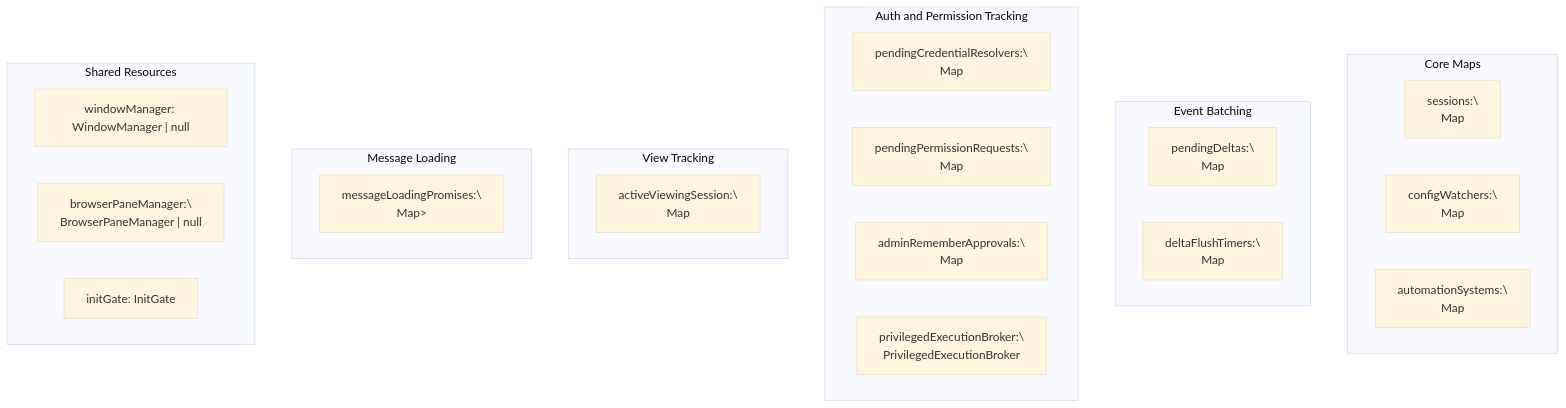
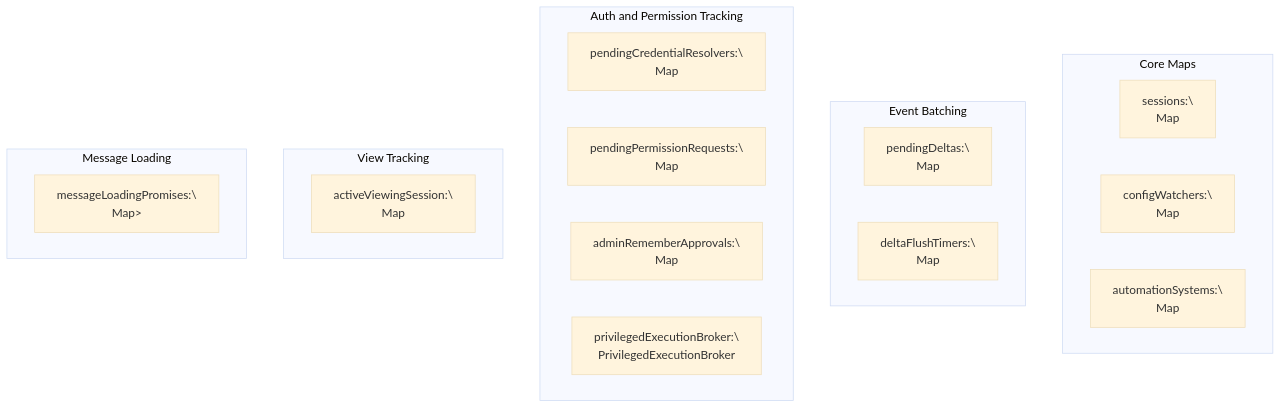
The third of 6 diagrams in docs/lukilabs_craft-agents-oss/api-reference/sessionmanager-api.md (blackcater/zentree), drawn with Mermaid (base theme) before and after one commit. The commit also changed other lines of this file and 232 other files, not shown here.

````diff
--- a/docs/lukilabs_craft-agents-oss/api-reference/sessionmanager-api.md
+++ b/docs/lukilabs_craft-agents-oss/api-reference/sessionmanager-api.md
@@ -189,46 +187,39 @@
 ```mermaid
 graph TB
     subgraph "Core Maps"
         sessions["sessions:\
 Map<sessionId, ManagedSession>"]
         configWatchers["configWatchers:\
 Map<workspaceRootPath, ConfigWatcher>"]
         automationSystems["automationSystems:\
 Map<workspaceRootPath, AutomationSystem>"]
     end
-
+    
     subgraph "Event Batching"
         pendingDeltas["pendingDeltas:\
 Map<sessionId, PendingDelta>"]
         deltaFlushTimers["deltaFlushTimers:\
 Map<sessionId, NodeJS.Timeout>"]
     end
-
+    
     subgraph "Auth and Permission Tracking"
         pendingCredentialResolvers["pendingCredentialResolvers:\
 Map<requestId, resolver>"]
         pendingPermissionRequests["pendingPermissionRequests:\
 Map<requestId, {sessionId, type, commandHash}>"]
         adminRememberApprovals["adminRememberApprovals:\
 Map<sessionId:commandHash, {createdAt, expiresAt}>"]
         privilegedExecutionBroker["privilegedExecutionBroker:\
 PrivilegedExecutionBroker"]
     end
-
+    
     subgraph "View Tracking"
         activeViewingSession["activeViewingSession:\
 Map<workspaceId, sessionId>"]
     end
-
+    
     subgraph "Message Loading"
         messageLoadingPromises["messageLoadingPromises:\
 Map<sessionId, Promise<void>>"]
     end
-
-    subgraph "Shared Resources"
-        windowManager["windowManager: WindowManager | null"]
-        browserPaneManager["browserPaneManager:\
-BrowserPaneManager | null"]
-        initGate["initGate: InitGate"]
-    end
 ```
````
